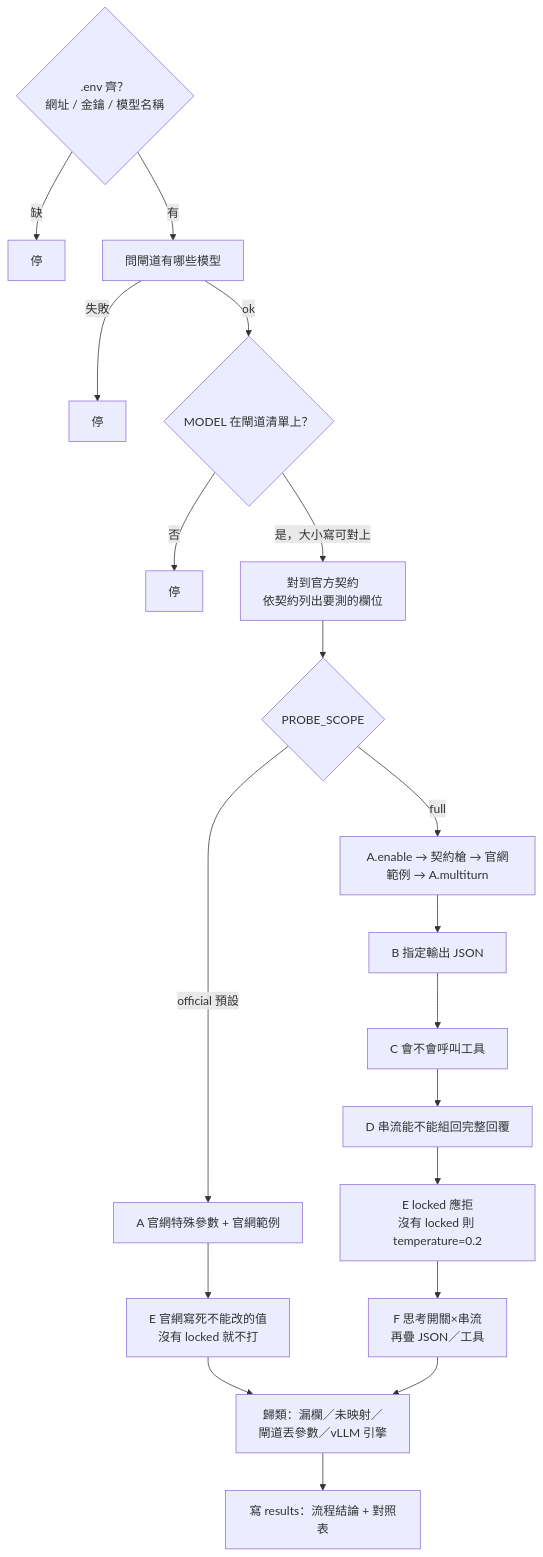
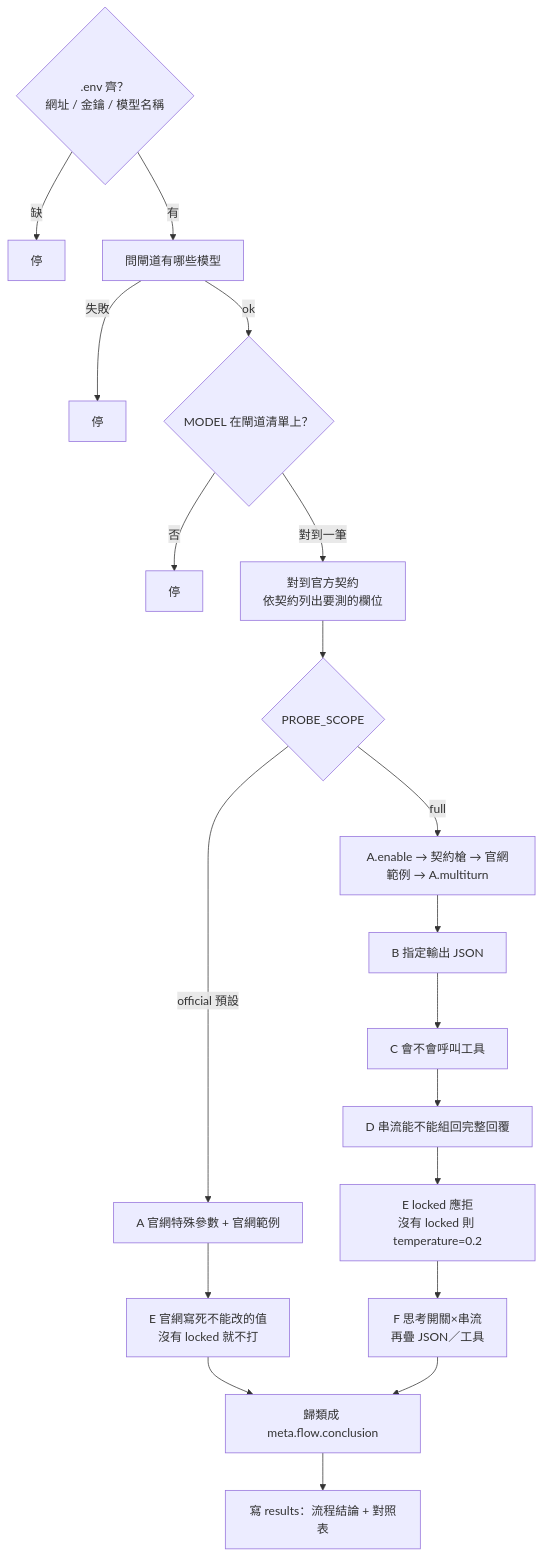
Before and after one commit to eric4057/model-chat-completions-params: the first of 2 diagrams in FLOWCHART.md, drawn with Mermaid. The commit also changed other lines of this file and 10 other files, not shown here.

````diff
--- a/FLOWCHART.md
+++ b/FLOWCHART.md
@@ -28,21 +28,21 @@
 ```mermaid
 flowchart TD
   Chk{".env 齊？<br/>網址 / 金鑰 / 模型名稱"} -->|缺| Stop1[停]
   Chk -->|有| Z["問閘道有哪些模型"]
   Z -->|失敗| Stop2[停]
   Z -->|ok| Match{"MODEL 在閘道清單上？"}
   Match -->|否| Stop3[停]
-  Match -->|是，大小寫可對上| Gen["對到官方契約<br/>依契約列出要測的欄位"]
+  Match -->|對到一筆| Gen["對到官方契約<br/>依契約列出要測的欄位"]
   Gen --> Extra{"PROBE_SCOPE"}
   Extra -->|official 預設| Ao["A 官網特殊參數 + 官網範例"]
   Ao --> Eo["E 官網寫死不能改的值<br/>沒有 locked 就不打"]
-  Eo --> Class["歸類：漏欄／未映射／<br/>閘道丟參數／vLLM 引擎"]
+  Eo --> Class["歸類成 meta.flow.conclusion"]
   Extra -->|full| Af["A.enable → 契約槍 → 官網範例 → A.multiturn"]
   Af --> B["B 指定輸出 JSON"]
   B --> C["C 會不會呼叫工具"]
   C --> D["D 串流能不能組回完整回覆"]
   D --> Ef["E locked 應拒<br/>沒有 locked 則 temperature=0.2"]
   Ef --> F["F 思考開關×串流<br/>再疊 JSON／工具"]
   F --> Class
   Class --> W["寫 results：流程結論 + 對照表"]
 ```
````
